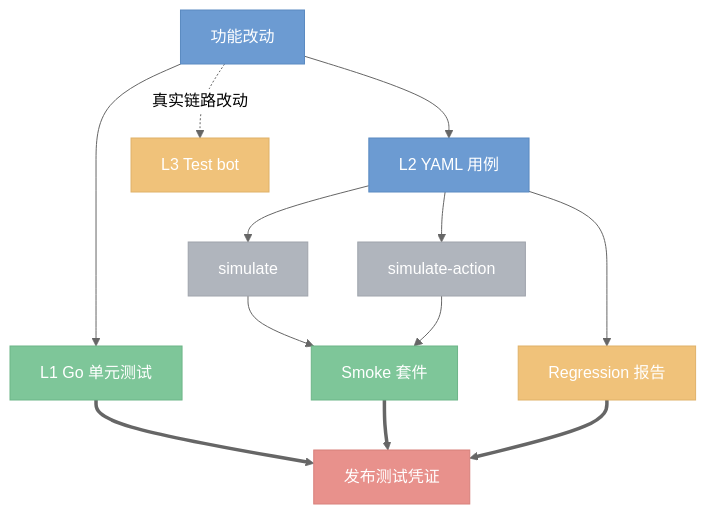
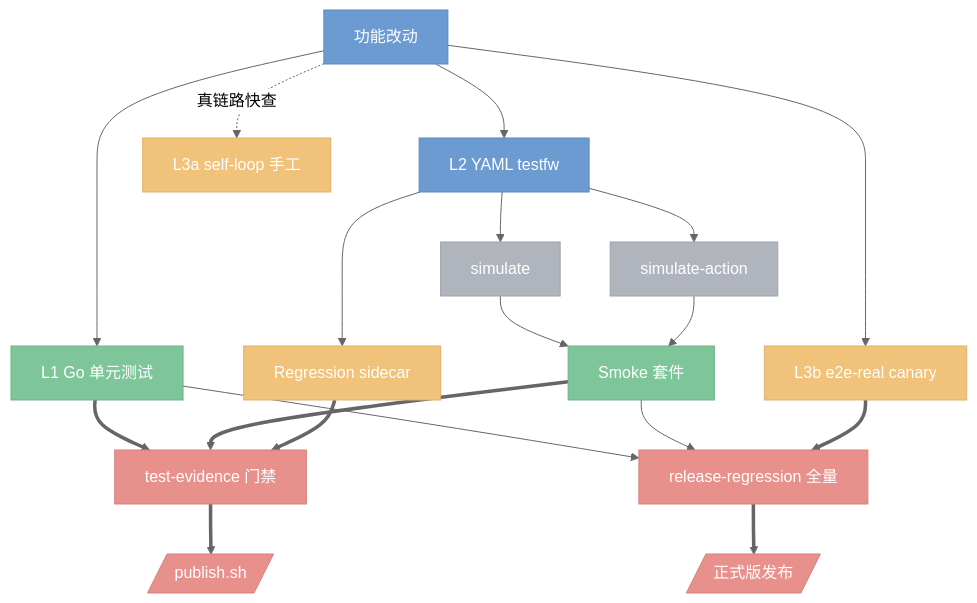
Before and after one commit to ZiYang-oyxy/lark-ai-agent-bridge: the diagram in docs/workflow/test-framework.md, drawn with Mermaid (neutral theme). The commit also changed other lines of this file, not shown here.

First line of the commit message:
docs(test-framework): 重写反映当前四层体系全貌

````diff
--- a/docs/workflow/test-framework.md
+++ b/docs/workflow/test-framework.md
@@ -11,30 +18,38 @@
 ```mermaid
 flowchart TD
     A[功能改动]:::primary
     B[L1 Go 单元测试]:::success
-    C[L2 YAML 用例]:::primary
+    C[L2 YAML testfw]:::primary
     D[simulate]:::grey
     E[simulate-action]:::grey
     F[Smoke 套件]:::success
-    G[Regression 报告]:::warning
-    H[发布测试凭证]:::danger
-    I[L3 Test bot]:::warning
+    G[Regression sidecar]:::warning
+    H[test-evidence 门禁]:::danger
+    I[L3a self-loop 手工]:::warning
+    J[L3b e2e-real canary]:::warning
+    K[release-regression 全量]:::danger
 
     A --> B
     A --> C
     C --> D
     C --> E
     D --> F
     E --> F
     C --> G
     B ==> H
     F ==> H
     G ==> H
-    A -.真实链路改动.-> I
+    A -.真链路快查.-> I
+    A --> J
+    B --> K
+    F --> K
+    J ==> K
+    H ==> Publish[/publish.sh/]:::danger
+    K ==> Release[/正式版发布/]:::danger
 
     classDef primary fill:#6C9BD2,stroke:#5B8AC1,color:#fff
     classDef success fill:#7EC699,stroke:#6DB588,color:#fff
     classDef warning fill:#F0C27A,stroke:#DFB169,color:#fff
-    classDef danger fill:#E8918C,stroke:#D7807B,color:#fff
-    classDef grey fill:#B0B5BD,stroke:#9FA4AC,color:#fff
+    classDef danger  fill:#E8918C,stroke:#D7807B,color:#fff
+    classDef grey    fill:#B0B5BD,stroke:#9FA4AC,color:#fff
 ```
````
